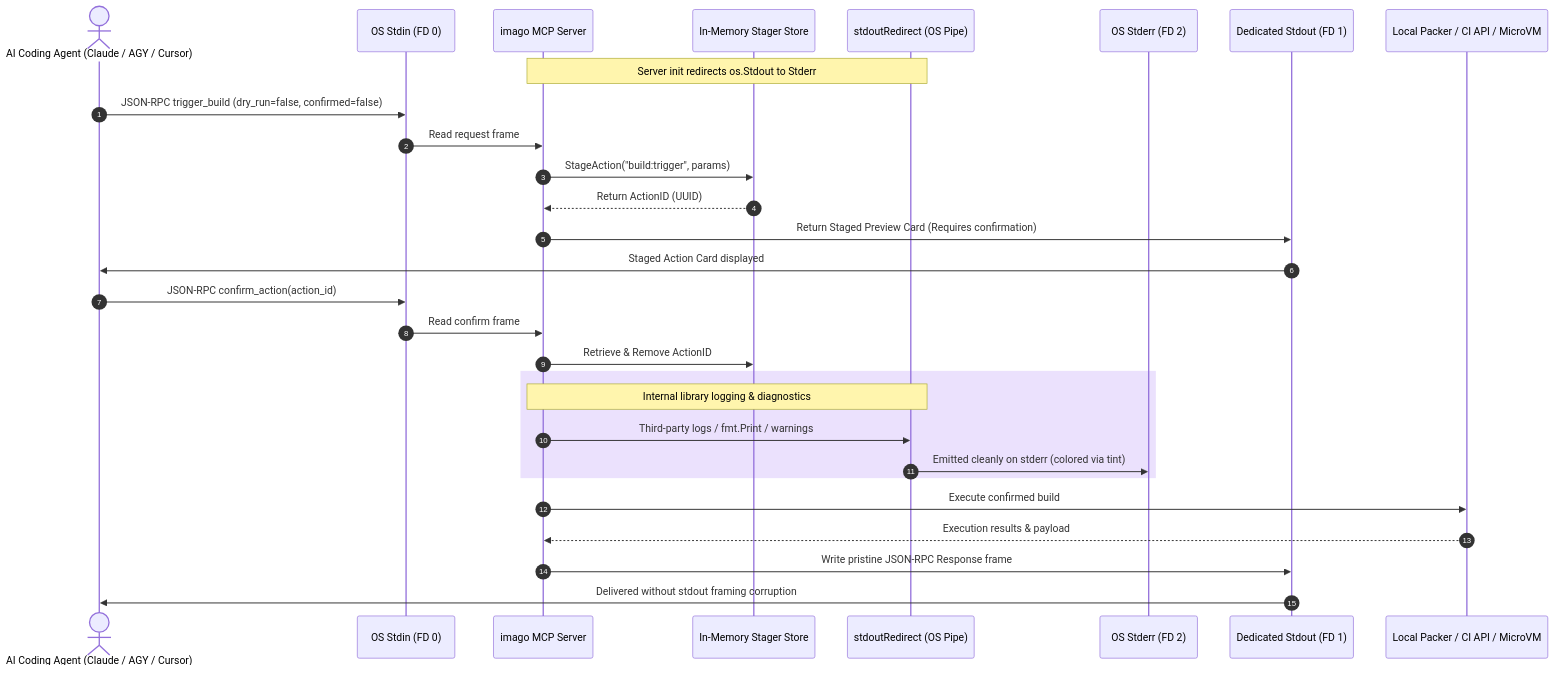
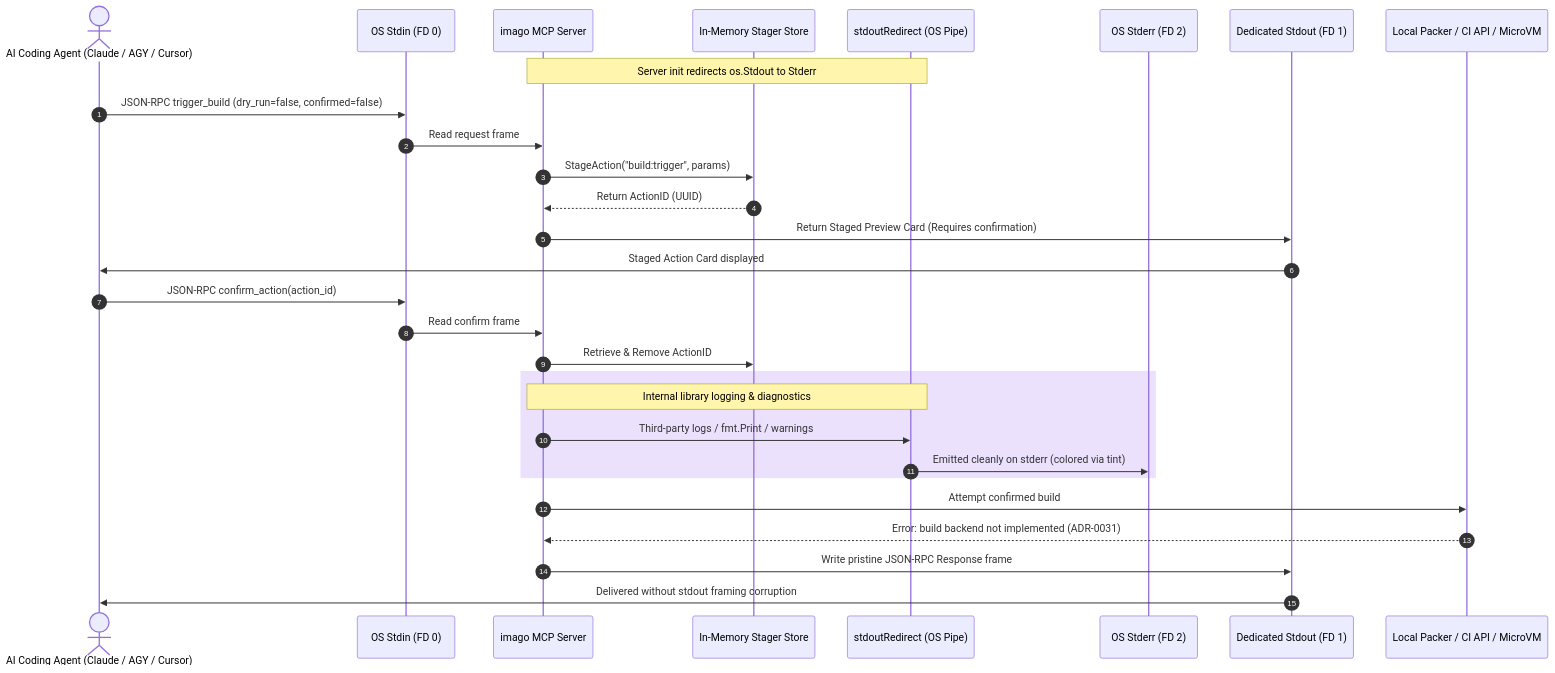
One commit to cordanaLLM/imago changed the second of 3 diagrams in docs/tools/cli-mcp.md. Above: the diagram before and after it, drawn with Mermaid. The commit also changed other lines of this file and 14 other files, not shown here.

First line of the commit message:
feat(builder)!: fail closed when no build backend has an executor

````diff
--- a/docs/tools/cli-mcp.md
+++ b/docs/tools/cli-mcp.md
@@ -314,33 +311,33 @@
 ```mermaid
 sequenceDiagram
     autonumber
     actor Agent as AI Coding Agent (Claude / AGY / Cursor)
     participant PipeIn as OS Stdin (FD 0)
     participant Forge as imago MCP Server
     participant Stager as In-Memory Stager Store
     participant PipeRedirect as stdoutRedirect (OS Pipe)
     participant Stderr as OS Stderr (FD 2)
     participant PipeOut as Dedicated Stdout (FD 1)
     participant Backend as Local Packer / CI API / MicroVM
 
     Note over Forge,PipeRedirect: Server init redirects os.Stdout to Stderr
     Agent->>PipeIn: JSON-RPC trigger_build (dry_run=false, confirmed=false)
     PipeIn->>Forge: Read request frame
     Forge->>Stager: StageAction("build:trigger", params)
     Stager-->>Forge: Return ActionID (UUID)
     Forge->>PipeOut: Return Staged Preview Card (Requires confirmation)
     PipeOut->>Agent: Staged Action Card displayed
 
     Agent->>PipeIn: JSON-RPC confirm_action(action_id)
     PipeIn->>Forge: Read confirm frame
     Forge->>Stager: Retrieve & Remove ActionID
     rect rgba(124, 58, 237, 0.15)
         Note over Forge,PipeRedirect: Internal library logging & diagnostics
         Forge->>PipeRedirect: Third-party logs / fmt.Print / warnings
         PipeRedirect->>Stderr: Emitted cleanly on stderr (colored via tint)
     end
-    Forge->>Backend: Execute confirmed build
-    Backend-->>Forge: Execution results & payload
+    Forge->>Backend: Attempt confirmed build
+    Backend-->>Forge: Error: build backend not implemented (ADR-0031)
     Forge->>PipeOut: Write pristine JSON-RPC Response frame
     PipeOut->>Agent: Delivered without stdout framing corruption
 ```
````
